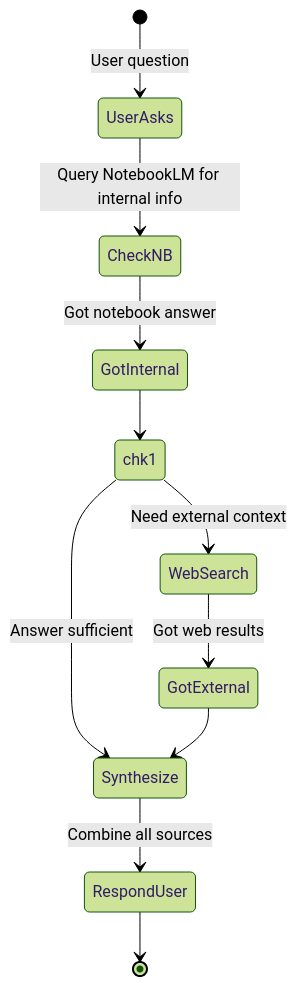
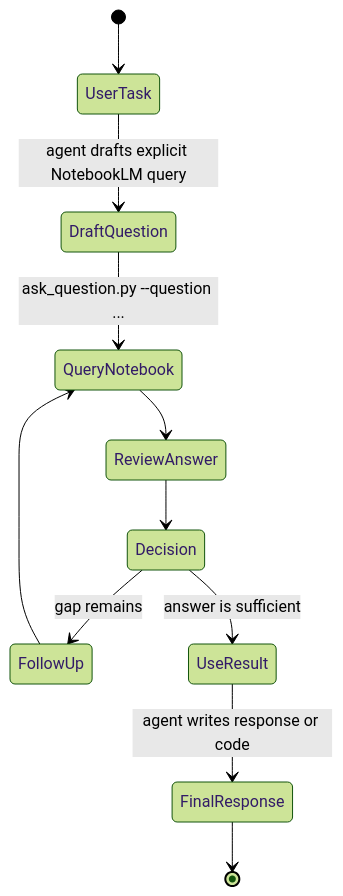
One commit to khengyun/notebooklm-experts-skill changed the tenth of 10 diagrams in references/best-practices.md. Above: the diagram before and after it, drawn with Mermaid (forest theme). The commit also changed other lines of this file and 23 other files, not shown here.

````diff
--- a/references/best-practices.md
+++ b/references/best-practices.md
@@ -218,18 +215,16 @@
 ```mermaid
 stateDiagram-v2
-    [*] --> UserAsks: User question
+    [*] --> UserTask
+    UserTask --> DraftQuestion: agent drafts explicit NotebookLM query
+    DraftQuestion --> QueryNotebook: ask_question.py --question ...
+    QueryNotebook --> ReviewAnswer
 
-    UserAsks --> CheckNB: Query NotebookLM for internal info
-    CheckNB --> GotInternal: Got notebook answer
+    ReviewAnswer --> Decision
+    state Decision <<choice>>
+    Decision --> FollowUp: gap remains
+    Decision --> UseResult: answer is sufficient
 
-    GotInternal --> chk1
-    state chk1 <<choice>>
-    chk1 --> Synthesize: Answer sufficient
-    chk1 --> WebSearch: Need external context
-
-    WebSearch --> GotExternal: Got web results
-    GotExternal --> Synthesize
-
-    Synthesize --> RespondUser: Combine all sources
-    RespondUser --> [*]
+    FollowUp --> QueryNotebook
+    UseResult --> FinalResponse: agent writes response or code
+    FinalResponse --> [*]
 ```
````
